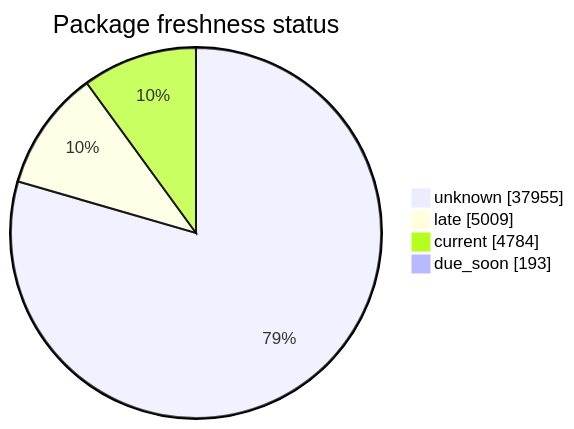
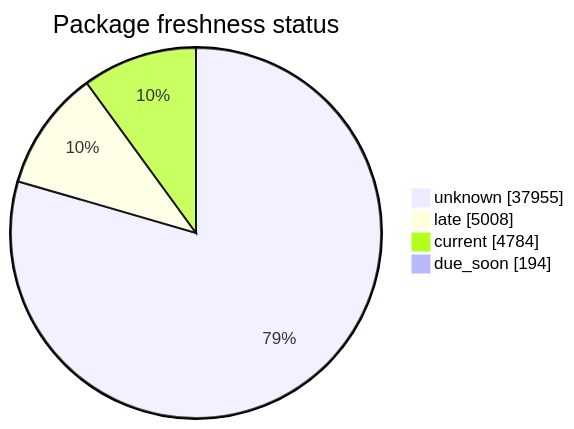
One commit to open-data/analytics-corporate-reporting changed the second of 5 diagrams in FreshCheck/README.md. Above: the diagram before and after it, drawn with Mermaid. The commit also changed other lines of this file and 3 other files, not shown here.

````diff
--- a/FreshCheck/README.md
+++ b/FreshCheck/README.md
@@ -68,7 +68,7 @@
 ```mermaid
 pie showData title Package freshness status
     "unknown": 37955
-    "late": 5009
+    "late": 5008
     "current": 4784
-    "due_soon": 193
+    "due_soon": 194
 ```
````
